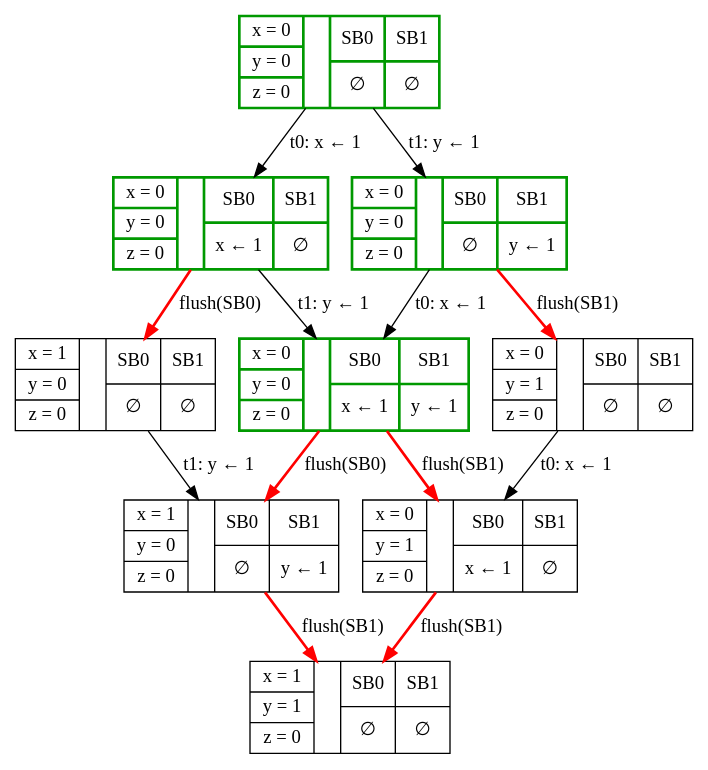
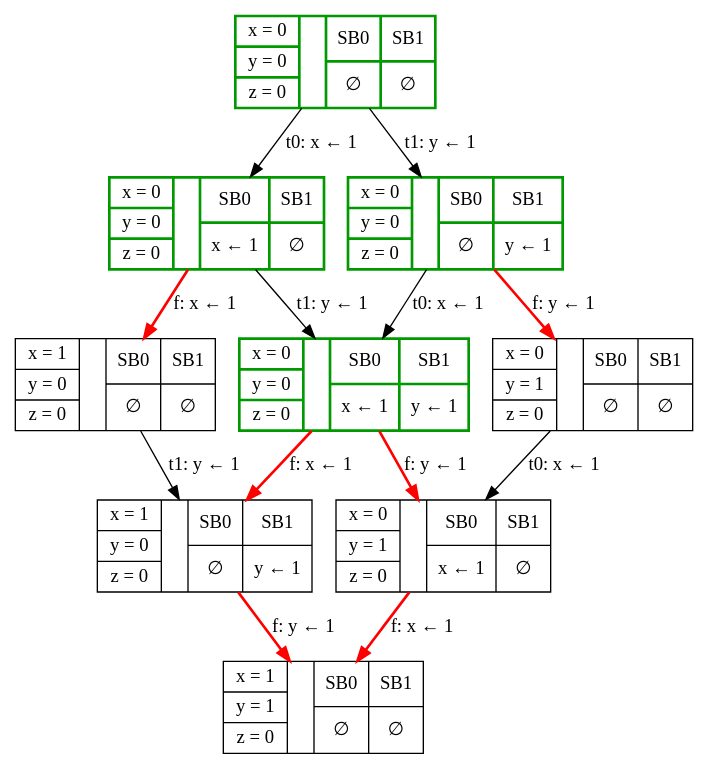
The diagram in pds_s2018a/explosion.dot (vlstill/presentations), drawn with Graphviz before and after one commit. The commit also changed 2 other files, not shown here.

```diff
--- a/pds_s2018a/explosion.dot
+++ b/pds_s2018a/explosion.dot
@@ -1,36 +1,36 @@
 digraph explosion {
     node [ fontname = UbuntuMono, shape = record ]
     edge [ fontname = UbuntuMono ]
 
     i [ label = "{x = 0 | y = 0 | z = 0} || {SB0 | ∅ } | {SB1 | ∅ }", color = "#009900", style = bold ]
 
     i -> s0 [label = "t0: x ← 1"]
     i -> s1 [label = "t1: y ← 1"]
 
     s0 [ label = "{x = 0 | y = 0 | z = 0} || {SB0 | x ← 1 } | {SB1 | ∅ }", color = "#009900", style = bold ]
     s1 [ label = "{x = 0 | y = 0 | z = 0} || {SB0 | ∅ } | {SB1 | y ← 1 }", color = "#009900", style = bold ]
 
-    s0 -> s0f0 [ label = "flush(SB0)", color = red, style = bold ]
+    s0 -> s0f0 [ label = "f: x ← 1", color = red, style = bold ]
     s0 -> s0s1 [ label = "t1: y ← 1" ]
 
     s0f0 [ label = "{x = 1 | y = 0 | z = 0} || {SB0 | ∅ } | {SB1 | ∅ }" ]
     s0s1 [ label = "{x = 0 | y = 0 | z = 0} || {SB0 | x ← 1 } | {SB1 | y ← 1 }", color = "#009900", style = bold ]
 
-    s1 -> s1f1 [ label = "flush(SB1)", color = red, style = bold ]
+    s1 -> s1f1 [ label = "f: y ← 1", color = red, style = bold ]
     s1 -> s0s1 [ label = "t0: x ← 1" ]
 
     s1f1 [ label = "{x = 0 | y = 1 | z = 0} || {SB0 | ∅ } | {SB1 | ∅ }" ]
 
     s0f0 -> s0f0s1 [ label = "t1: y ← 1" ]
     s0f0s1 [ label = "{x = 1 | y = 0 | z = 0} || {SB0 | ∅ } | {SB1 | y ← 1 }" ]
-    s0f0s1 -> s0f0s1f1 [ label = "flush(SB1)", color = red, style = bold ]
+    s0f0s1 -> s0f0s1f1 [ label = "f: y ← 1", color = red, style = bold ]
     s0f0s1f1 [ label = "{x = 1 | y = 1 | z = 0} || {SB0 | ∅ } | {SB1 | ∅ }" ]
 
     s1f1 -> s1f1s0 [ label = "t0: x ← 1" ]
     s1f1s0 [ label = "{x = 0 | y = 1 | z = 0} || {SB0 | x ← 1 } | {SB1 | ∅ }" ]
-    s1f1s0 -> s0f0s1f1 [ label = "flush(SB1)", color = red, style = bold ]
+    s1f1s0 -> s0f0s1f1 [ label = "f: x ← 1", color = red, style = bold ]
     s0f0s1f1 [ label = "{x = 1 | y = 1 | z = 0} || {SB0 | ∅ } | {SB1 | ∅ }" ]
 
-    s0s1 -> s0f0s1 [ label = "flush(SB0)", color = red, style = bold ]
-    s0s1 -> s1f1s0 [ label = "flush(SB1)", color = red, style = bold ]
+    s0s1 -> s0f0s1 [ label = "f: x ← 1", color = red, style = bold ]
+    s0s1 -> s1f1s0 [ label = "f: y ← 1", color = red, style = bold ]
 }
```
